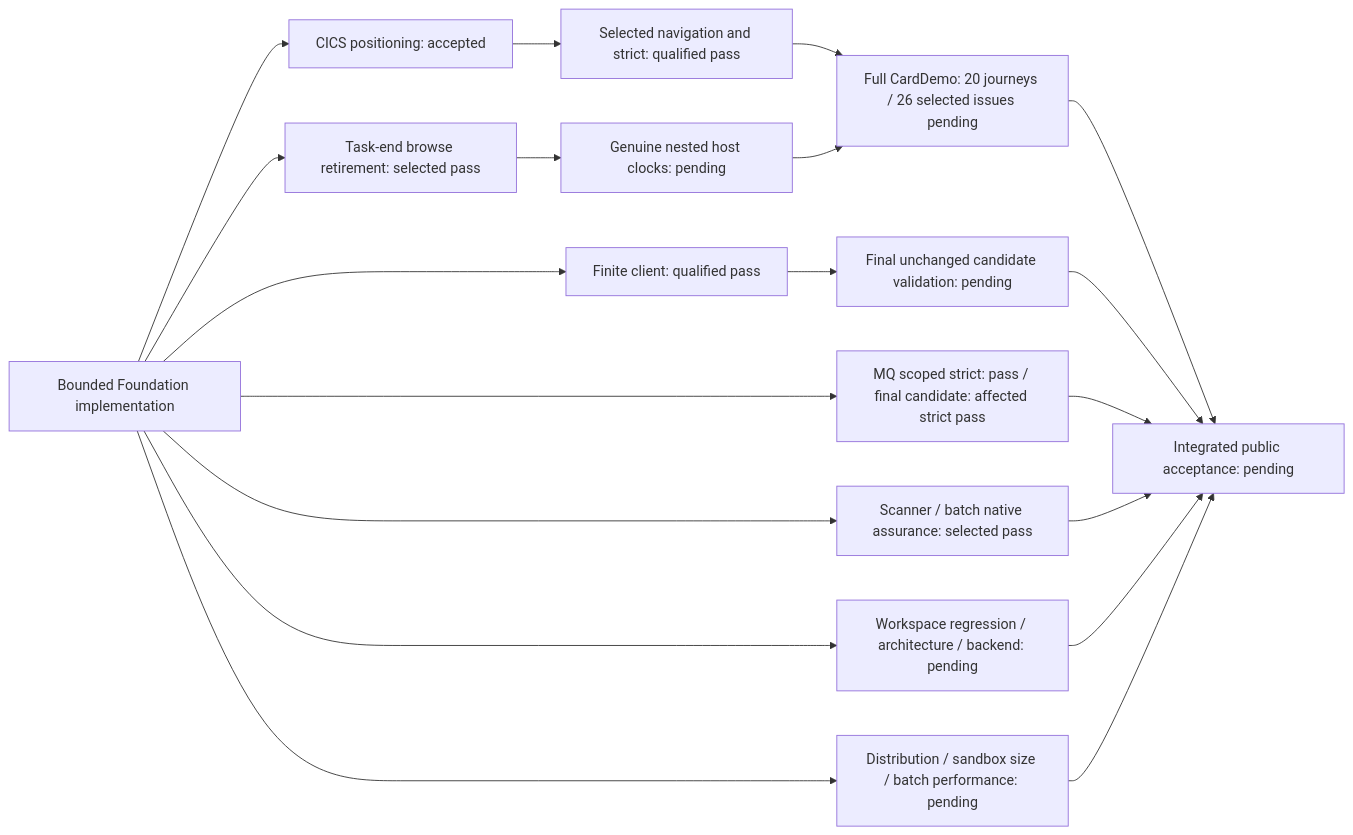
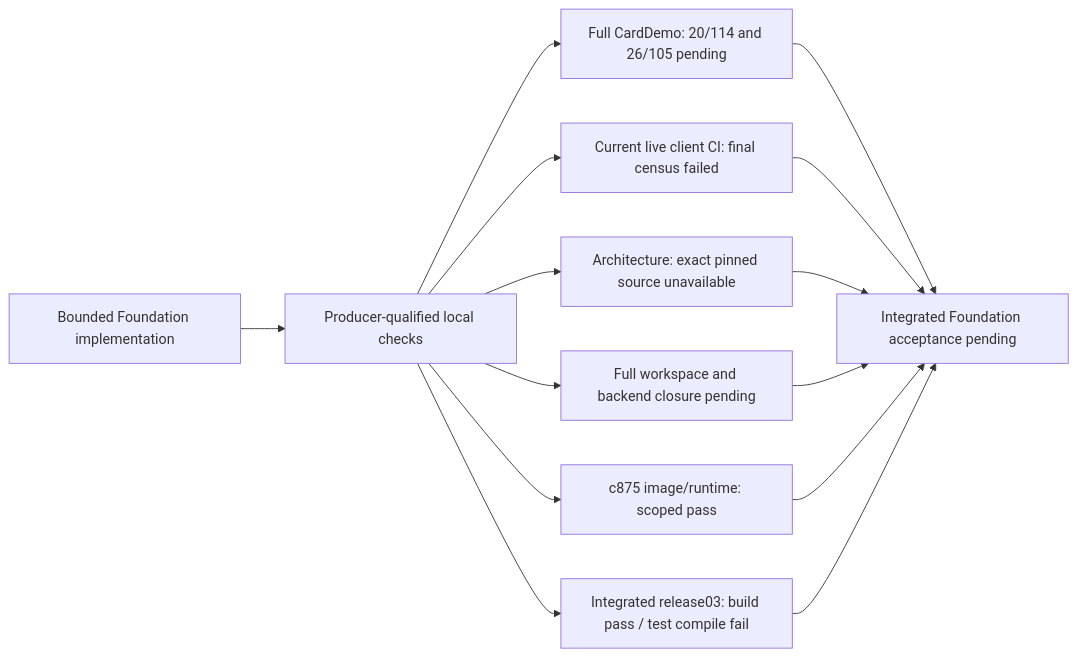
The diagram in docs/delivery/subsystems/coverage/foundation-status.md (toreleon/mainframe-env), drawn with Mermaid before and after one commit. The commit also changed other lines of this file and 218 other files, not shown here.

First line of the commit message:
Complete foundation-local-runtime-preparation

````diff
--- a/docs/delivery/subsystems/coverage/foundation-status.md
+++ b/docs/delivery/subsystems/coverage/foundation-status.md
@@ -29,21 +58,16 @@
 ```mermaid
 flowchart LR
-    Foundation["Bounded Foundation implementation"] --> CICS["CICS positioning: accepted"]
-    CICS --> NAV["Selected navigation and strict: qualified pass"]
-    NAV --> App["Full CardDemo: 20 journeys / 26 selected issues pending"]
-    Foundation --> Retirement["Task-end browse retirement: selected pass"]
-    Retirement --> Clocks["Genuine nested host clocks: pending"]
-    Clocks --> App
-    Foundation --> Client["Finite client: qualified pass"]
-    Client --> Candidate["Final unchanged candidate validation: pending"]
-    Foundation --> MQ["MQ scoped strict: pass / final candidate: affected strict pass"]
-    Foundation --> Batch["Scanner / batch native assurance: selected pass"]
-    Foundation --> Workspace["Workspace regression / architecture / backend: pending"]
-    Foundation --> Distribution["Distribution / sandbox size / batch performance: pending"]
-    App --> Exit["Integrated public acceptance: pending"]
-    Candidate --> Exit
-    MQ --> Exit
-    Batch --> Exit
+    Foundation["Bounded Foundation implementation"] --> Scoped["Producer-qualified local checks"]
+    Scoped --> App["Full CardDemo: 20/114 and 26/105 pending"]
+    Scoped --> Client["Current live client CI: final census failed"]
+    Scoped --> Architecture["Architecture: exact pinned source unavailable"]
+    Scoped --> Workspace["Full workspace and backend closure pending"]
+    Scoped --> Distribution["c875 image/runtime: scoped pass"]
+    Scoped --> NewSource["Integrated release03: build pass / test compile fail"]
+    App --> Exit["Integrated Foundation acceptance pending"]
+    Client --> Exit
+    Architecture --> Exit
     Workspace --> Exit
     Distribution --> Exit
+    NewSource --> Exit
 ```
````
